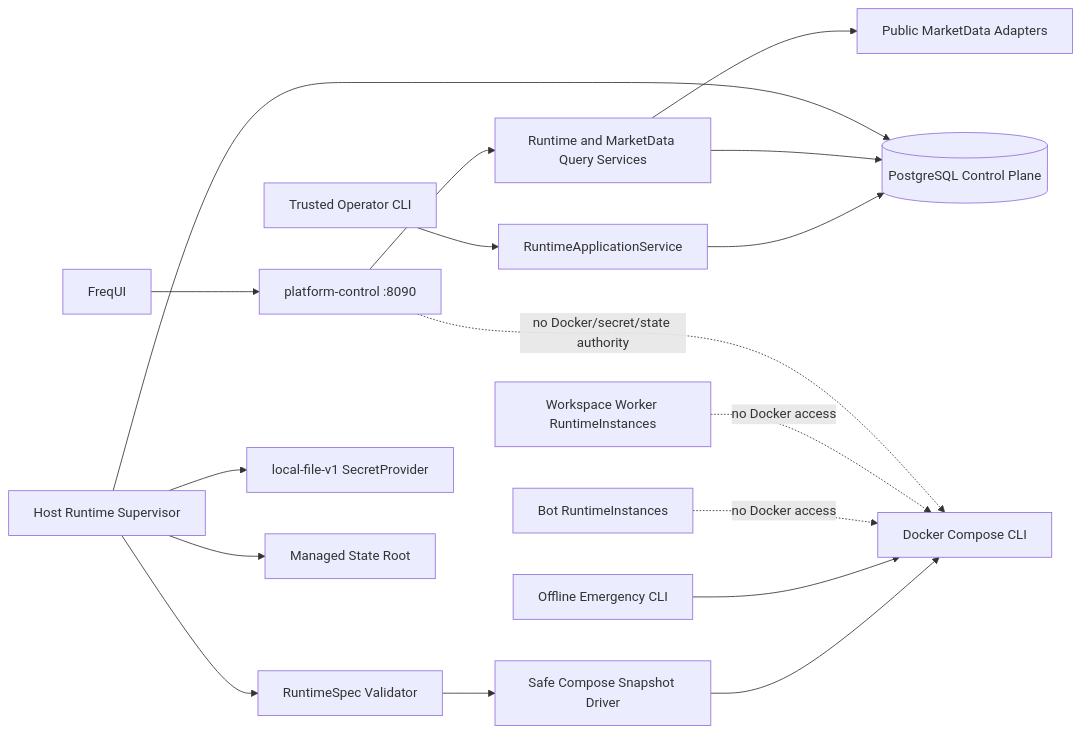
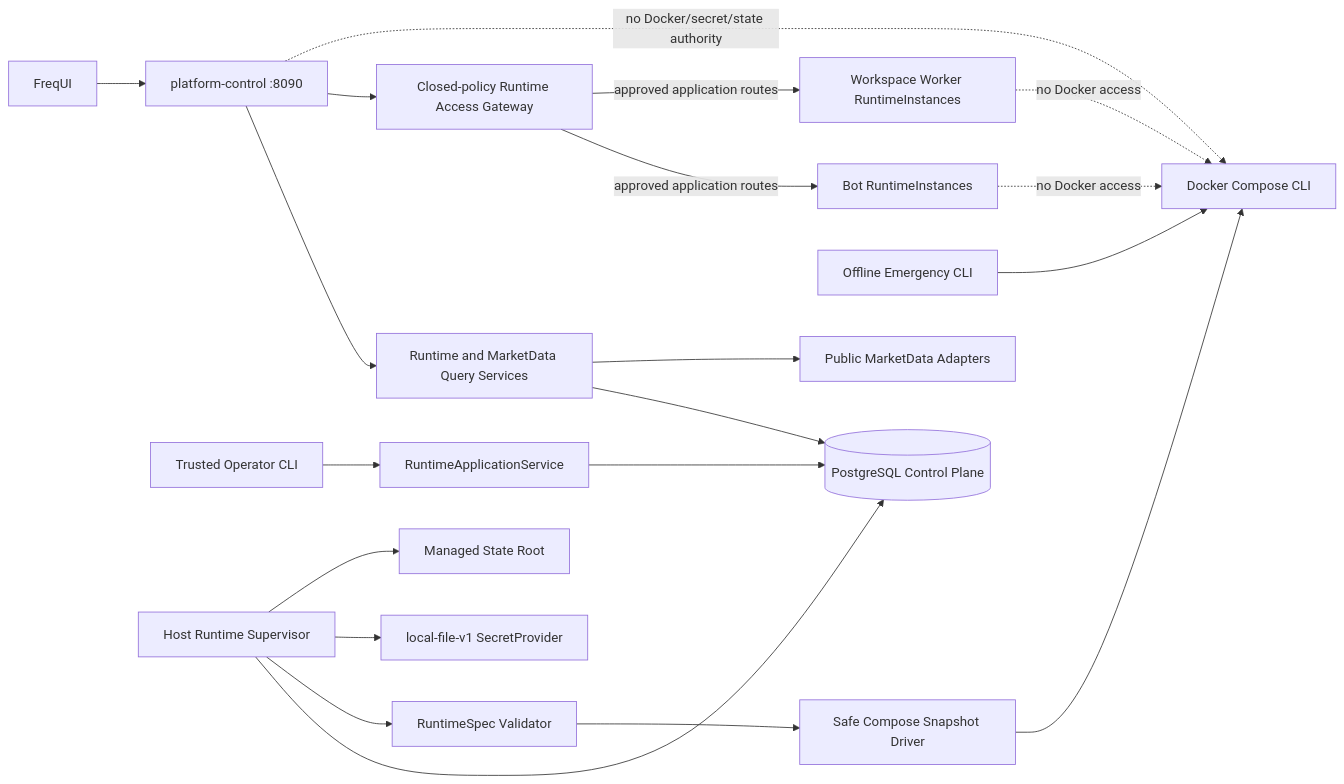
Before and after one commit to xrunmasterx/freqtrade-cn: the diagram in docs/superpowers/specs/2026-07-12-runtime-registry-v2-design.md, drawn with Mermaid. The commit also changed other lines of this file and 1 other file, not shown here.

Commit message:
docs: add governed runtime access gateway

````diff
--- a/docs/superpowers/specs/2026-07-12-runtime-registry-v2-design.md
+++ b/docs/superpowers/specs/2026-07-12-runtime-registry-v2-design.md
@@ -152,19 +159,22 @@
 ```mermaid
 flowchart LR
     UI["FreqUI"] --> CONTROL["platform-control :8090"]
     CONTROL --> QUERY["Runtime and MarketData Query Services"]
+    CONTROL --> GATEWAY["Closed-policy Runtime Access Gateway"]
     CLI["Trusted Operator CLI"] --> APP["RuntimeApplicationService"]
     APP --> PG[("PostgreSQL Control Plane")]
     QUERY --> PG
     QUERY --> PUBLICDATA["Public MarketData Adapters"]
     SUP["Host Runtime Supervisor"] --> PG
     SUP --> COMP["RuntimeSpec Validator"]
     COMP --> DRIVER["Safe Compose Snapshot Driver"]
     DRIVER --> DOCKER["Docker Compose CLI"]
     SUP --> SECRET["local-file-v1 SecretProvider"]
     SUP --> STATE["Managed State Root"]
     EMERGENCY["Offline Emergency CLI"] --> DOCKER
     BOT["Bot RuntimeInstances"] -. "no Docker access" .-> DOCKER
     RESEARCH["Workspace Worker RuntimeInstances"] -. "no Docker access" .-> DOCKER
+    GATEWAY -->|"approved application routes"| BOT
+    GATEWAY -->|"approved application routes"| RESEARCH
     CONTROL -. "no Docker/secret/state authority" .-> DOCKER
 ```
````
